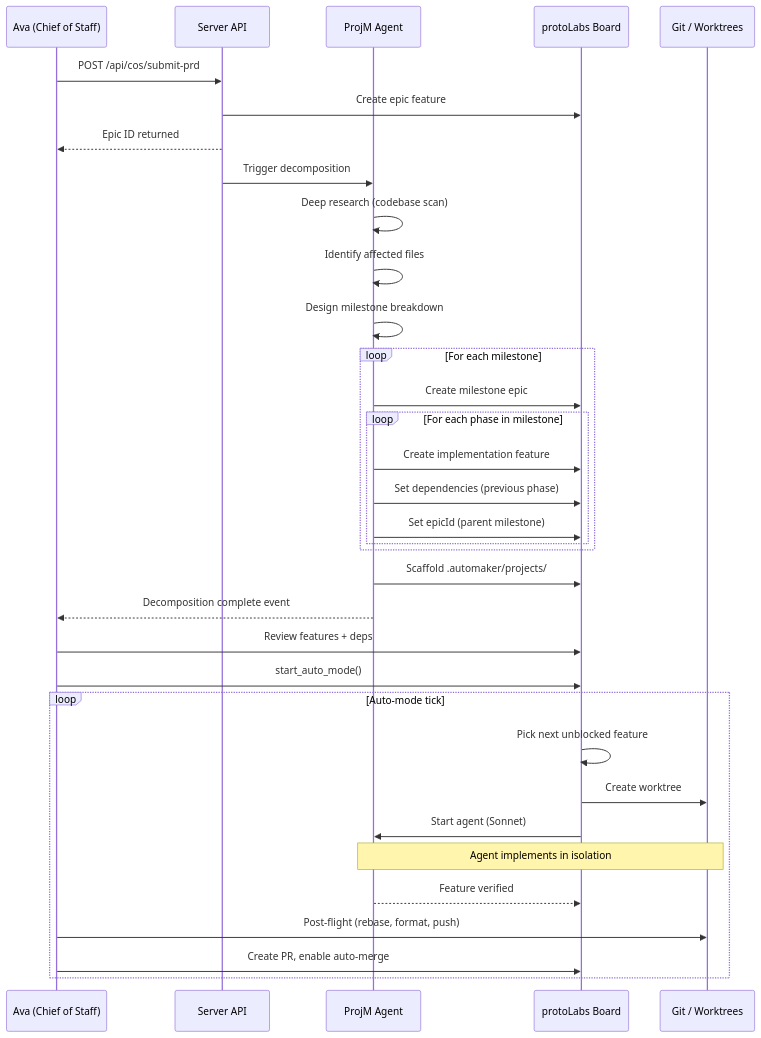
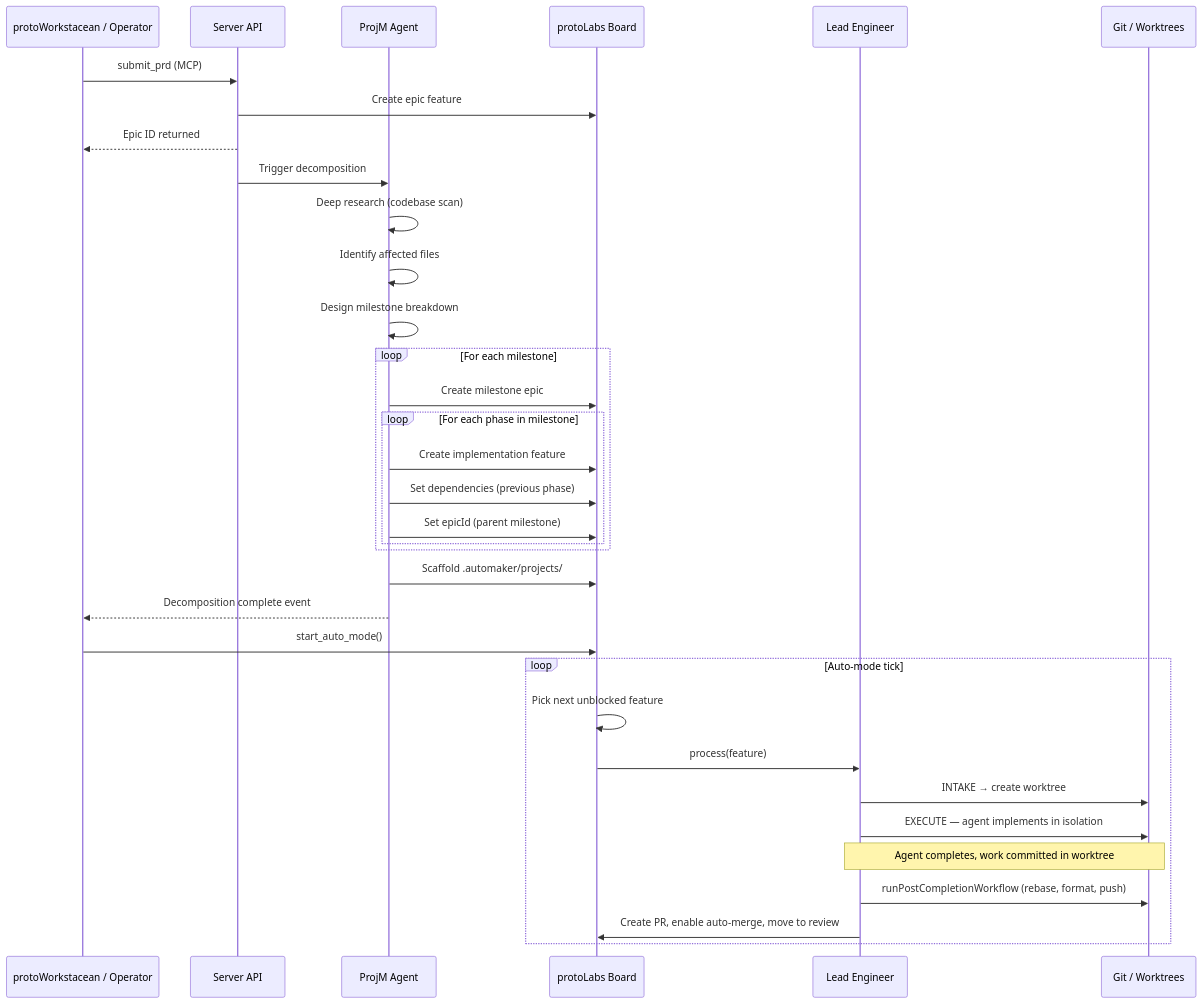
Before and after one commit to protoLabsAI/protoMaker: the second of 2 diagrams in docs/concepts/how-it-works.md, drawn with Mermaid. The commit also changed other lines of this file and 7 other files, not shown here.

````diff
--- a/docs/concepts/how-it-works.md
+++ b/docs/concepts/how-it-works.md
@@ -128,42 +128,42 @@
 ```mermaid
 sequenceDiagram
-    participant CoS as Ava (Chief of Staff)
+    participant Portfolio as protoWorkstacean / Operator
     participant API as Server API
     participant ProjM as ProjM Agent
     participant Board as protoLabs Board
+    participant Lead as Lead Engineer
     participant Git as Git / Worktrees
 
-    CoS->>API: POST /api/cos/submit-prd
+    Portfolio->>API: submit_prd (MCP)
     API->>Board: Create epic feature
-    API-->>CoS: Epic ID returned
+    API-->>Portfolio: Epic ID returned
 
     API->>ProjM: Trigger decomposition
     ProjM->>ProjM: Deep research (codebase scan)
     ProjM->>ProjM: Identify affected files
     ProjM->>ProjM: Design milestone breakdown
 
     loop For each milestone
         ProjM->>Board: Create milestone epic
         loop For each phase in milestone
             ProjM->>Board: Create implementation feature
             ProjM->>Board: Set dependencies (previous phase)
             ProjM->>Board: Set epicId (parent milestone)
         end
     end
 
     ProjM->>Board: Scaffold .automaker/projects/
-    ProjM-->>CoS: Decomposition complete event
+    ProjM-->>Portfolio: Decomposition complete event
 
-    CoS->>Board: Review features + deps
-    CoS->>Board: start_auto_mode()
+    Portfolio->>Board: start_auto_mode()
 
     loop Auto-mode tick
         Board->>Board: Pick next unblocked feature
-        Board->>Git: Create worktree
-        Board->>ProjM: Start agent (Sonnet)
-        Note over ProjM,Git: Agent implements in isolation
-        ProjM-->>Board: Feature verified
-        CoS->>Git: Post-flight (rebase, format, push)
-        CoS->>Board: Create PR, enable auto-merge
+        Board->>Lead: process(feature)
+        Lead->>Git: INTAKE → create worktree
+        Lead->>Git: EXECUTE — agent implements in isolation
+        Note over Lead,Git: Agent completes, work committed in worktree
+        Lead->>Git: runPostCompletionWorkflow (rebase, format, push)
+        Lead->>Board: Create PR, enable auto-merge, move to review
     end
 ```
````
